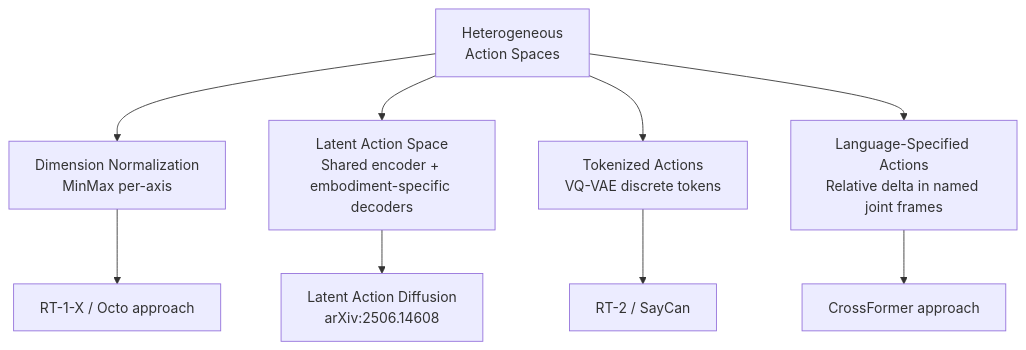
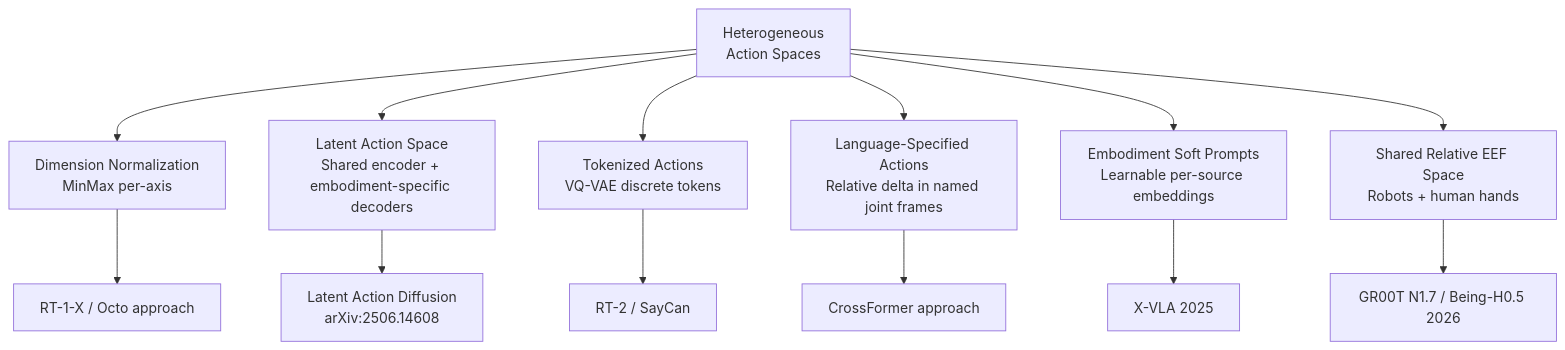
One commit to FrankHuang94/CV_learning_db_claude changed the first of 2 diagrams in cv-knowledge-base/06_robotics_and_embodied_ai/04_cross_embodiment.md. Above: the diagram before and after it, drawn with Mermaid. The commit also changed other lines of this file and 20 other files, not shown here.

````diff
--- a/cv-knowledge-base/06_robotics_and_embodied_ai/04_cross_embodiment.md
+++ b/cv-knowledge-base/06_robotics_and_embodied_ai/04_cross_embodiment.md
@@ -37,11 +45,15 @@
 ```mermaid
 flowchart TD
     A[Heterogeneous\nAction Spaces] --> B[Dimension Normalization\nMinMax per-axis]
     A --> C[Latent Action Space\nShared encoder + embodiment-specific decoders]
     A --> D[Tokenized Actions\nVQ-VAE discrete tokens]
     A --> E[Language-Specified Actions\nRelative delta in named joint frames]
+    A --> J[Embodiment Soft Prompts\nLearnable per-source embeddings]
+    A --> K[Shared Relative EEF Space\nRobots + human hands]
     B --> F[RT-1-X / Octo approach]
     C --> G[Latent Action Diffusion\narXiv:2506.14608]
     D --> H[RT-2 / SayCan]
     E --> I[CrossFormer approach]
+    J --> L[X-VLA 2025]
+    K --> M[GR00T N1.7 / Being-H0.5 2026]
 ```
````
